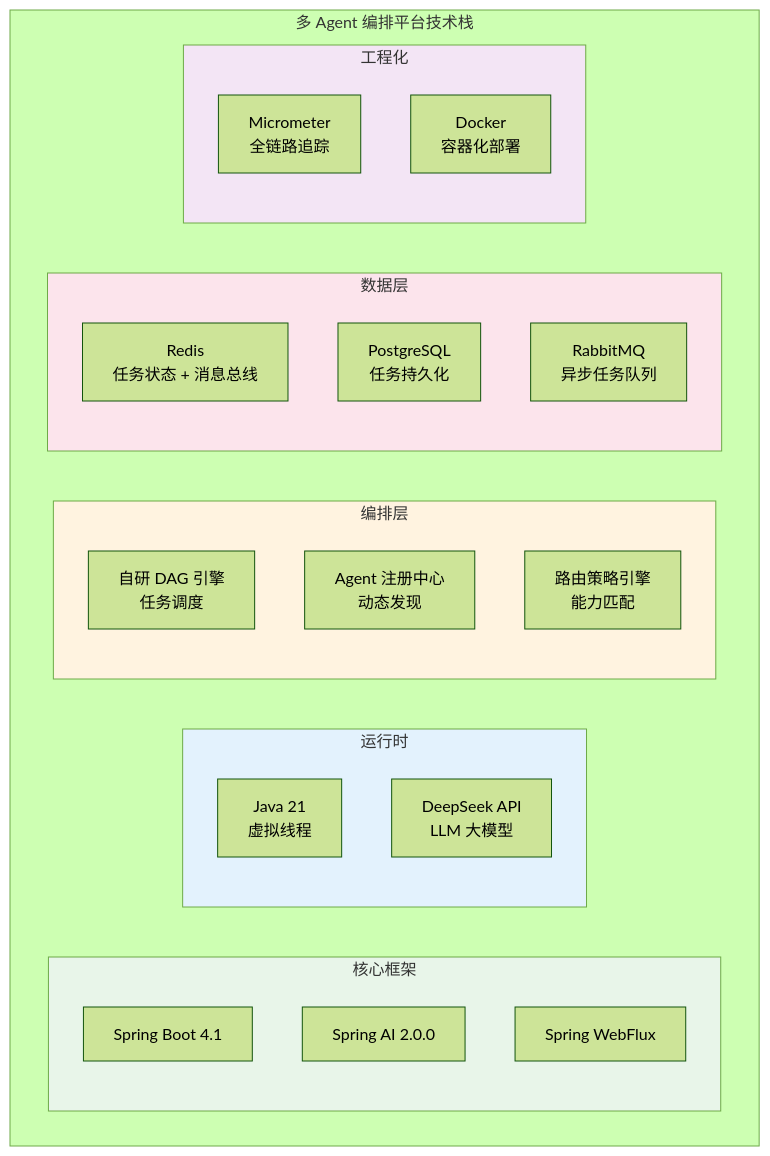
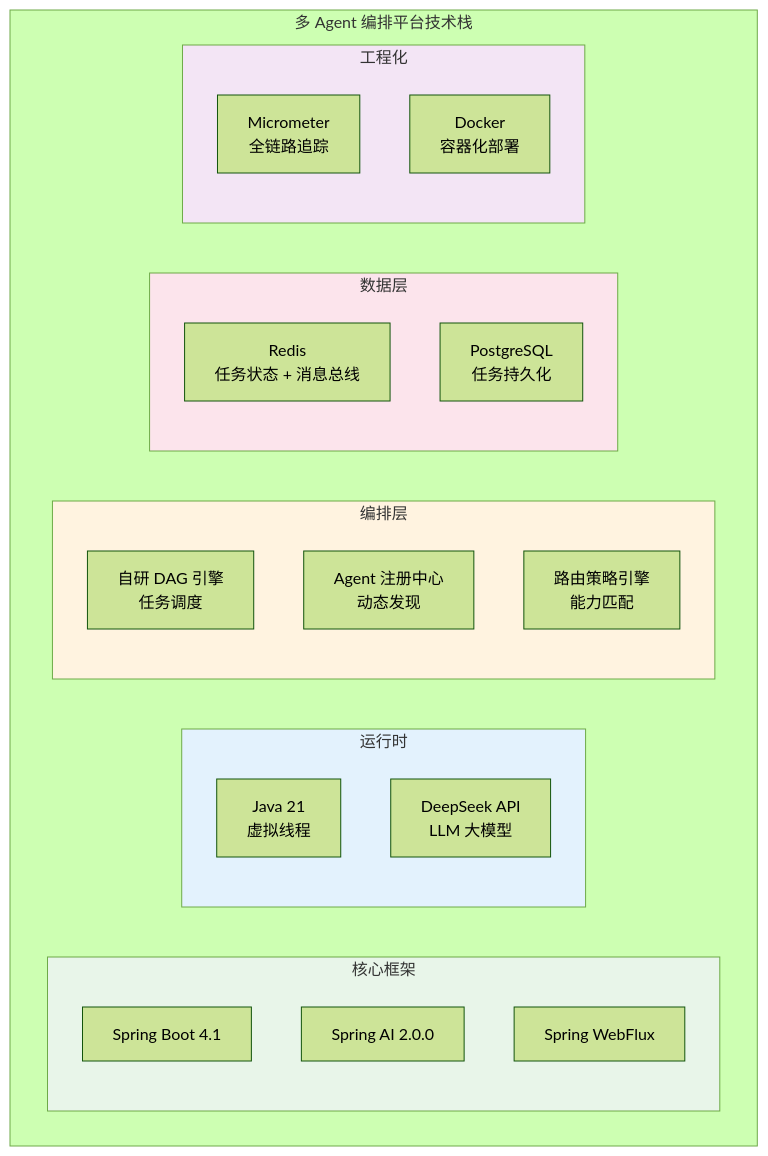
One commit to UranusGit/java-agent-learn changed the third of 8 diagrams in docs/项目/02-多Agent协作平台/00-需求分析与架构设计.md. Above: the diagram before and after it, drawn with Mermaid (forest theme). The commit also changed other lines of this file and 206 other files, not shown here.

````diff
--- a/docs/项目/02-多Agent协作平台/00-需求分析与架构设计.md
+++ b/docs/项目/02-多Agent协作平台/00-需求分析与架构设计.md
@@ -177,38 +179,37 @@
 ```mermaid
 graph TB
     subgraph 技术栈["多 Agent 编排平台技术栈"]
         subgraph 核心框架["核心框架"]
             T1["Spring Boot 4.1"]
             T2["Spring AI 2.0.0"]
             T3["Spring WebFlux"]
         end
 
         subgraph 运行时["运行时"]
             T4["Java 21<br/>虚拟线程"]
             T5["DeepSeek API<br/>LLM 大模型"]
         end
 
         subgraph 编排层["编排层"]
             T6["自研 DAG 引擎<br/>任务调度"]
             T7["Agent 注册中心<br/>动态发现"]
             T8["路由策略引擎<br/>能力匹配"]
         end
 
         subgraph 数据层["数据层"]
             T9["Redis<br/>任务状态 + 消息总线"]
             T10["PostgreSQL<br/>任务持久化"]
-            T11["RabbitMQ<br/>异步任务队列"]
         end
 
         subgraph 工程化["工程化"]
-            T12["Micrometer<br/>全链路追踪"]
-            T13["Docker<br/>容器化部署"]
+            T11["Micrometer<br/>全链路追踪"]
+            T12["Docker<br/>容器化部署"]
         end
     end
 
     style 核心框架 fill:#e8f5e9
     style 运行时 fill:#e3f2fd
     style 编排层 fill:#fff3e0
     style 数据层 fill:#fce4ec
     style 工程化 fill:#f3e5f5
 ```
````
